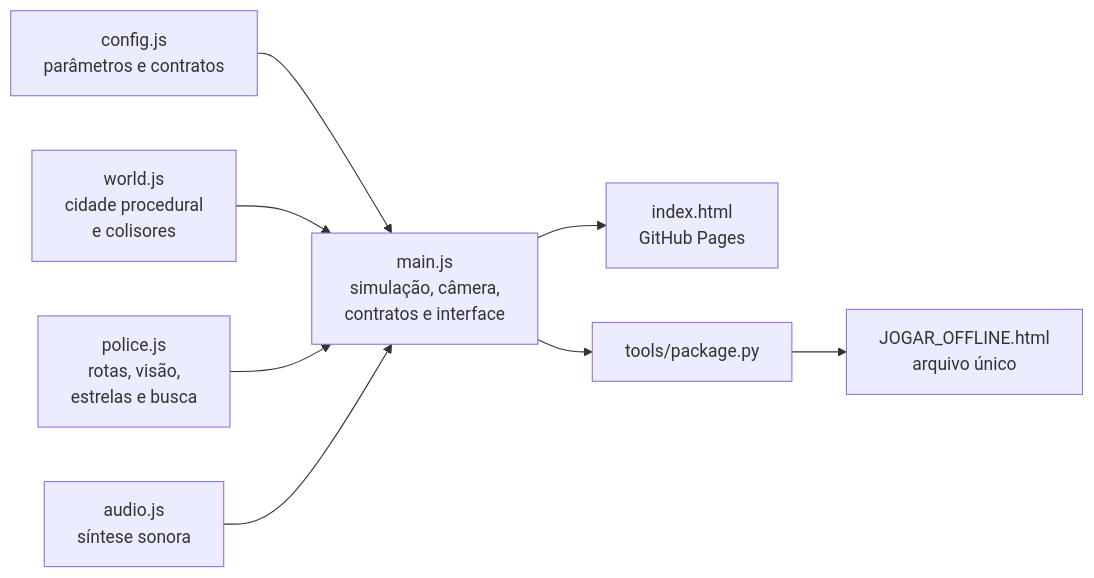
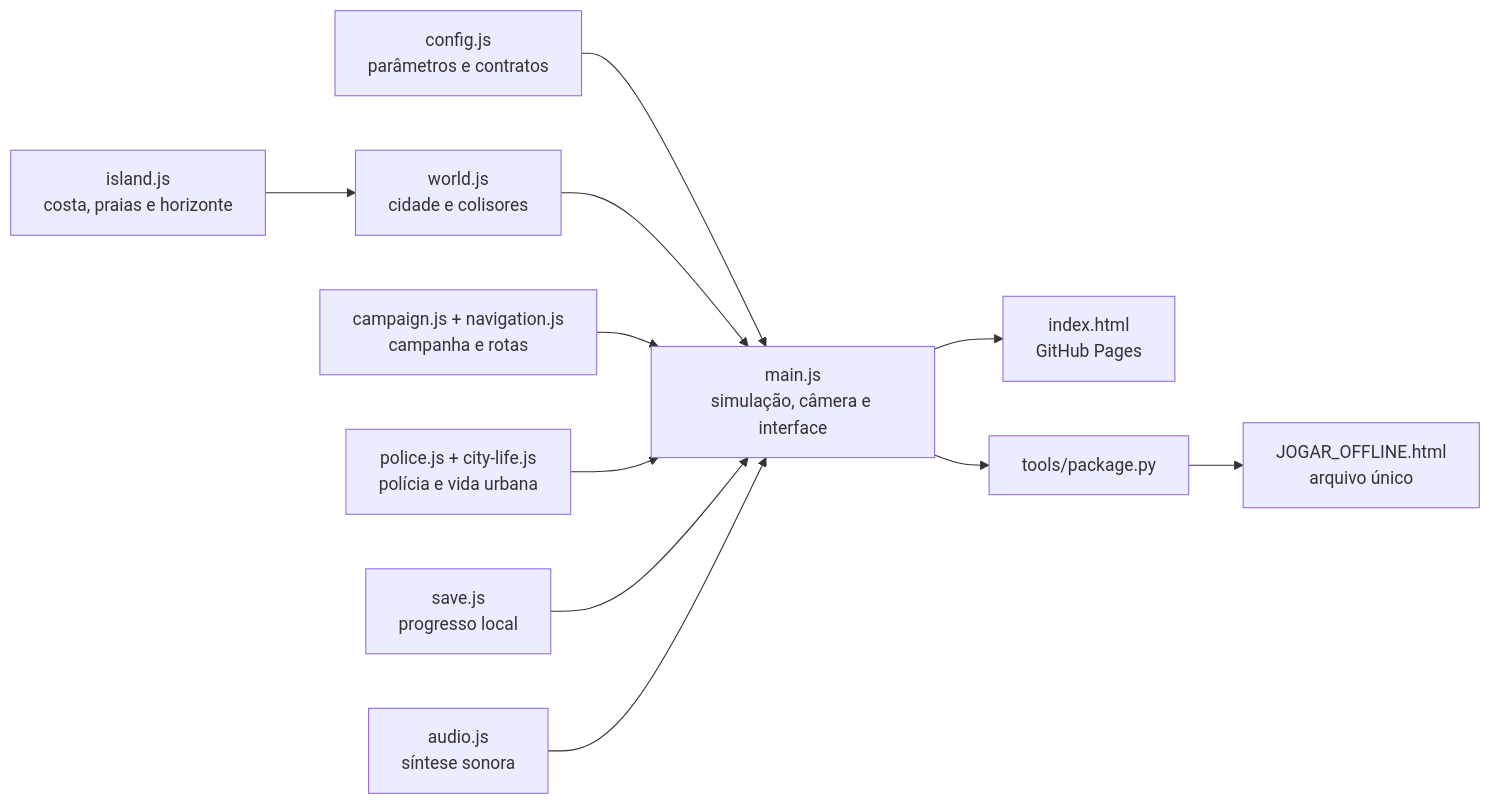
One commit to iosbilario/baia-neon changed the diagram in README.md. Above: the diagram before and after it, drawn with Mermaid. The commit also changed other lines of this file and 2 other files, not shown here.

````diff
--- a/README.md
+++ b/README.md
@@ -149,9 +163,12 @@
 ```mermaid
 flowchart LR
-  A["config.js<br/>parâmetros e contratos"] --> D
-  B["world.js<br/>cidade procedural<br/>e colisores"] --> D
-  C["police.js<br/>rotas, visão,<br/>estrelas e busca"] --> D
-  E["audio.js<br/>síntese sonora"] --> D
-  D["main.js<br/>simulação, câmera,<br/>contratos e interface"] --> F["index.html<br/>GitHub Pages"]
-  D --> G["tools/package.py"] --> H["JOGAR_OFFLINE.html<br/>arquivo único"]
+  A["config.js<br/>parâmetros e contratos"] --> M
+  I["island.js<br/>costa, praias e horizonte"] --> W
+  W["world.js<br/>cidade e colisores"] --> M
+  C["campaign.js + navigation.js<br/>campanha e rotas"] --> M
+  P["police.js + city-life.js<br/>polícia e vida urbana"] --> M
+  S["save.js<br/>progresso local"] --> M
+  U["audio.js<br/>síntese sonora"] --> M
+  M["main.js<br/>simulação, câmera e interface"] --> H["index.html<br/>GitHub Pages"]
+  M --> G["tools/package.py"] --> O["JOGAR_OFFLINE.html<br/>arquivo único"]
 ```
````
